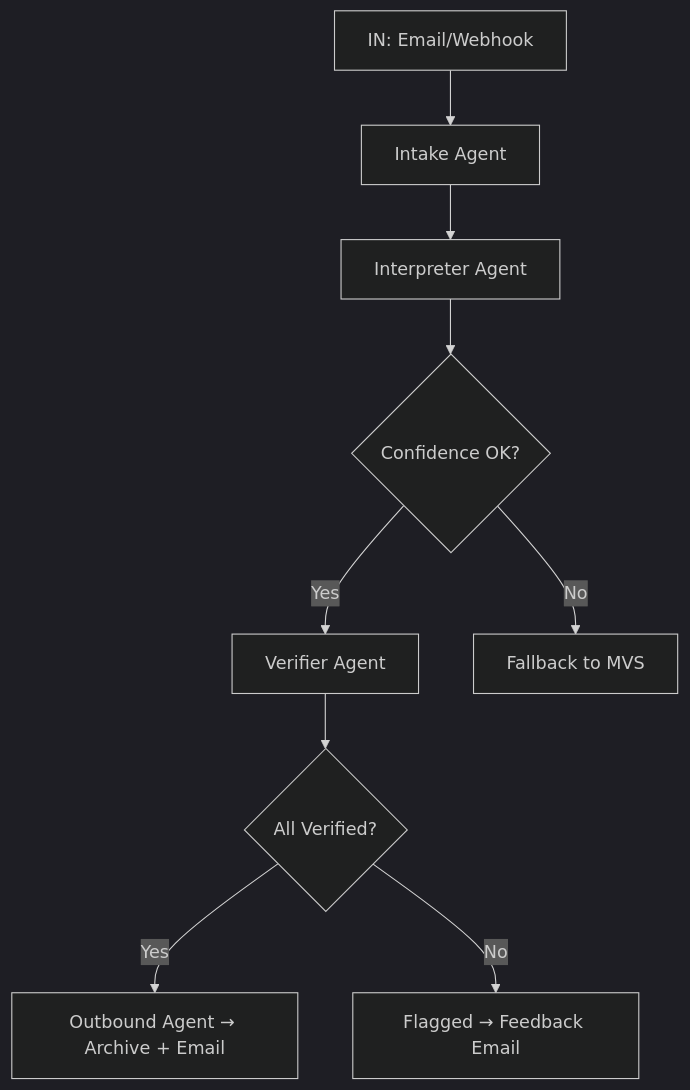
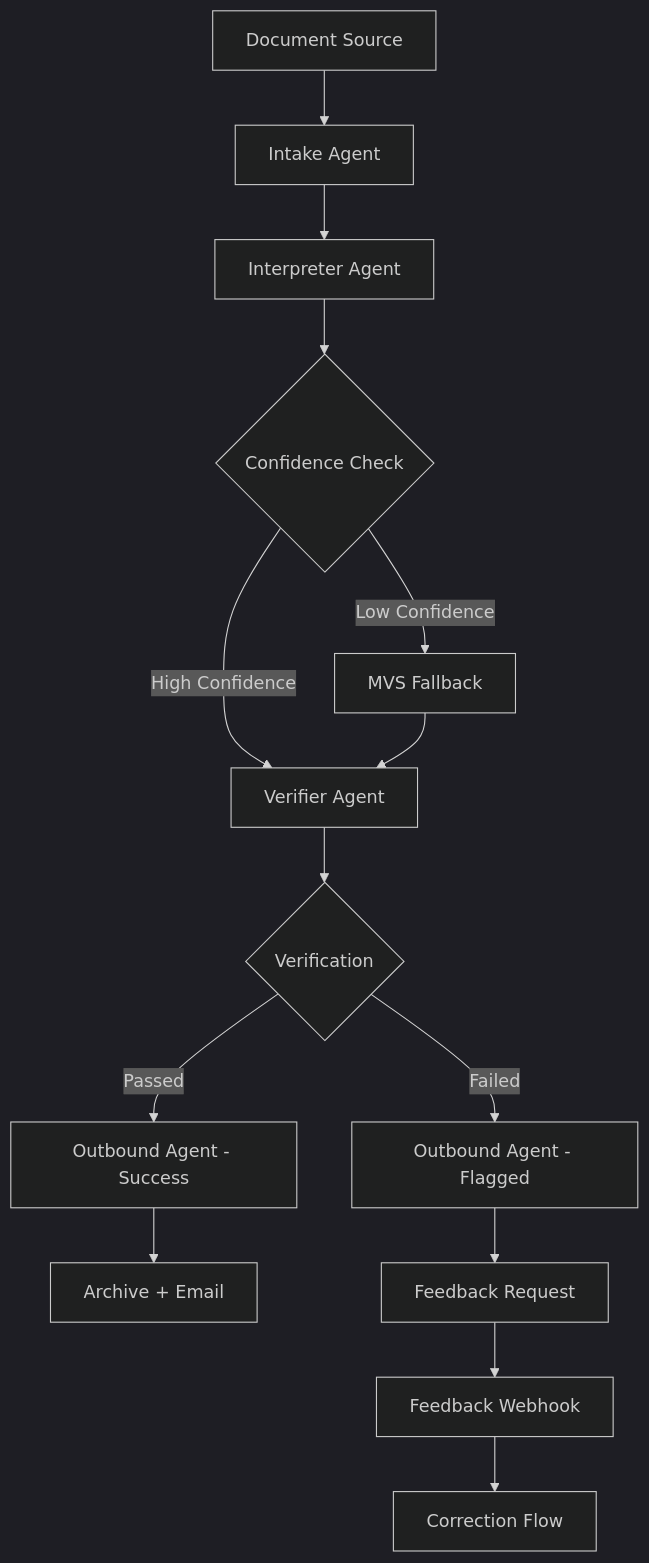
The diagram in V3_Intent_Driven_Minimalism/README.md (mpbrigham/materials-archive-extraction), drawn with Mermaid (dark theme) before and after one commit. The commit also changed other lines of this file and 6 other files, not shown here.

````diff
--- a/V3_Intent_Driven_Minimalism/README.md
+++ b/V3_Intent_Driven_Minimalism/README.md
@@ -7,11 +9,16 @@
 ```mermaid
 flowchart TD
-    A[IN: Email/Webhook] --> B[Intake Agent]
+    A[Document Source] --> B[Intake Agent]
     B --> C[Interpreter Agent]
-    C --> D{Confidence OK?}
-    D -->|Yes| E[Verifier Agent]
-    D -->|No| F[Fallback to MVS]
-    E --> G{All Verified?}
-    G -->|Yes| H[Outbound Agent → Archive + Email]
-    G -->|No| I[Flagged → Feedback Email]
+    C --> D{Confidence Check}
+    D -->|High Confidence| E[Verifier Agent]
+    D -->|Low Confidence| F[MVS Fallback]
+    E --> G{Verification}
+    G -->|Passed| H[Outbound Agent - Success]
+    G -->|Failed| I[Outbound Agent - Flagged]
+    F --> E
+    H --> J[Archive + Email]
+    I --> K[Feedback Request]
+    K --> L[Feedback Webhook]
+    L --> M[Correction Flow]
 ```
````
